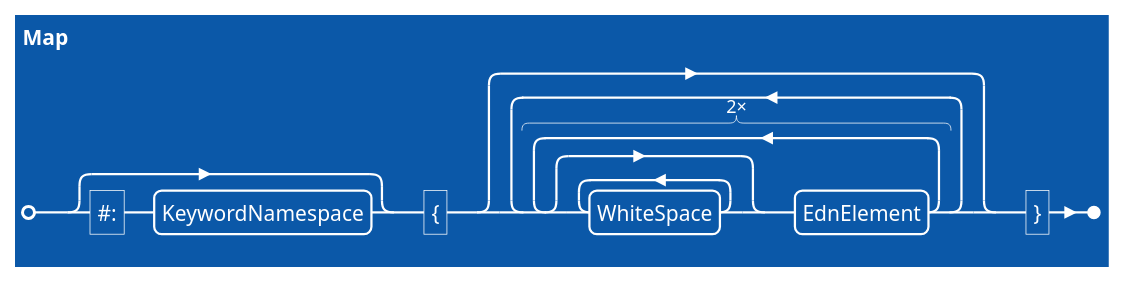
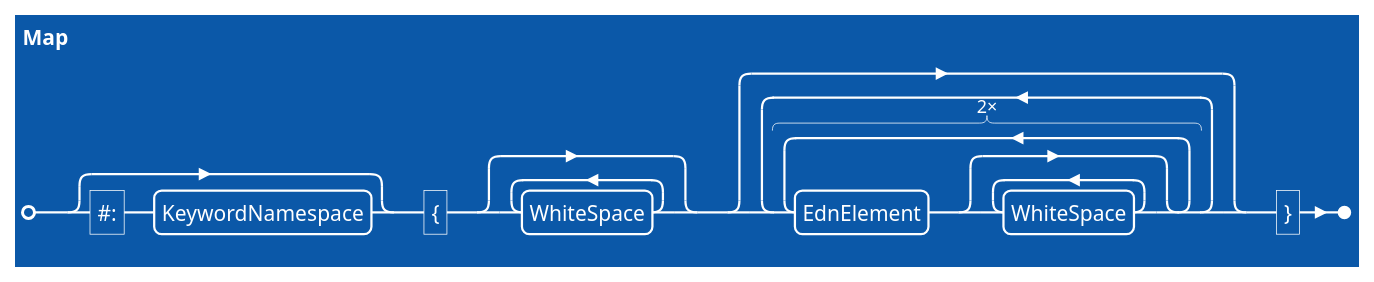
Before and after one commit to DotFox/edn.c: the eighth of 9 diagrams in docs/grammar/clojure.edn-spec-extensions.org, drawn with PlantUML. The commit also changed 26 other files, not shown here.

```diff
--- a/docs/grammar/clojure.edn-spec-extensions.org
+++ b/docs/grammar/clojure.edn-spec-extensions.org
@@ -192,8 +192,8 @@
 #+begin_src plantuml :file ./clojure.edn_namespaced_map_syntax_ebnf.svg :exports results
 @startebnf
 !theme amiga
 
-Map = [ "#:" , KeywordNamespace ] , "{" , { 2 * ( { WhiteSpace } , EdnElement ) } , "}" ;
+Map = [ "#:" , KeywordNamespace ] , "{" , { WhiteSpace } , { 2 * ( EdnElement , { WhiteSpace } ) } , "}" ;
 
 @endebnf
 #+end_src
```
